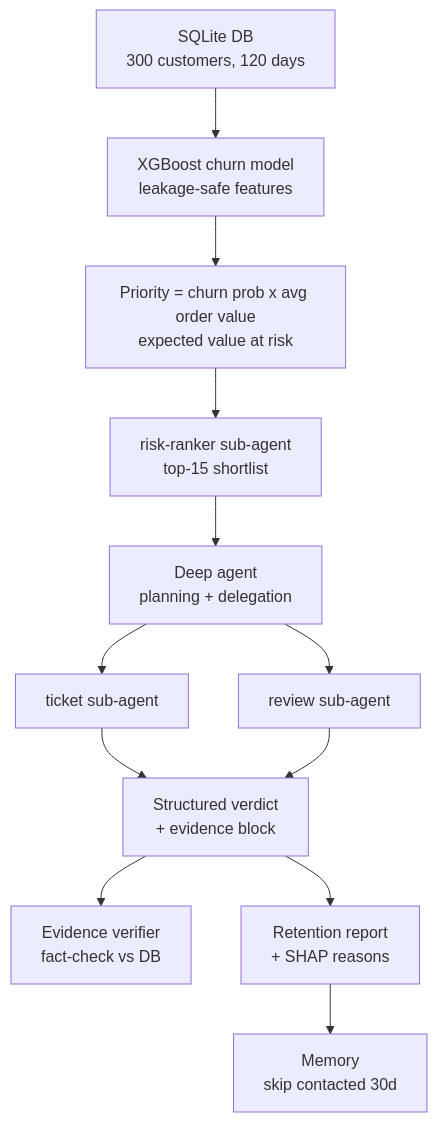
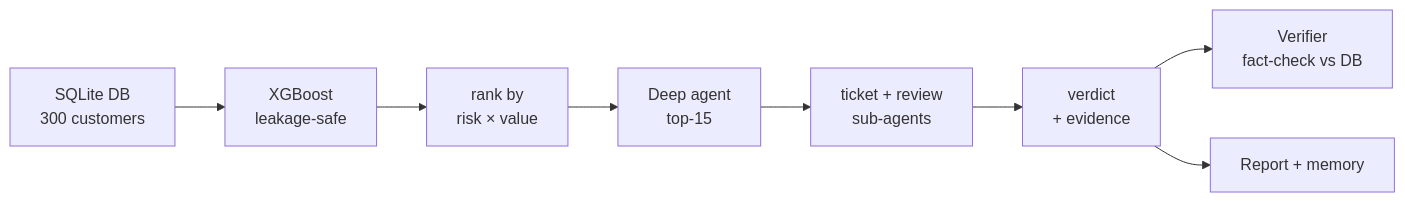
One commit to Khatalahmed/customer_churn_alert_agent changed the diagram in README.md. Above: the diagram before and after it, drawn with Mermaid. The commit also changed other lines of this file and 6 other files, not shown here.

First line of the commit message:
Rewrite README as a case study; add build journey and charts

````diff
--- a/README.md
+++ b/README.md
@@ -32,14 +53,10 @@
 ```mermaid
-flowchart TD
-    A[SQLite DB<br/>300 customers, 120 days] --> B[XGBoost churn model<br/>leakage-safe features]
-    B --> C[Priority = churn prob x avg order value<br/>expected value at risk]
-    C --> D[risk-ranker sub-agent<br/>top-15 shortlist]
-    D --> E[Deep agent<br/>planning + delegation]
-    E --> F[ticket sub-agent]
-    E --> G[review sub-agent]
-    F --> H[Structured verdict<br/>+ evidence block]
-    G --> H
-    H --> V[Evidence verifier<br/>fact-check vs DB]
-    H --> R[Retention report<br/>+ SHAP reasons]
-    R --> M[Memory<br/>skip contacted 30d]
+flowchart LR
+    A[SQLite DB<br/>300 customers] --> B[XGBoost<br/>leakage-safe]
+    B --> C[rank by<br/>risk × value]
+    C --> D[Deep agent<br/>top-15]
+    D --> E[ticket + review<br/>sub-agents]
+    E --> F[verdict<br/>+ evidence]
+    F --> G[Verifier<br/>fact-check vs DB]
+    F --> H[Report + memory]
 ```
````
